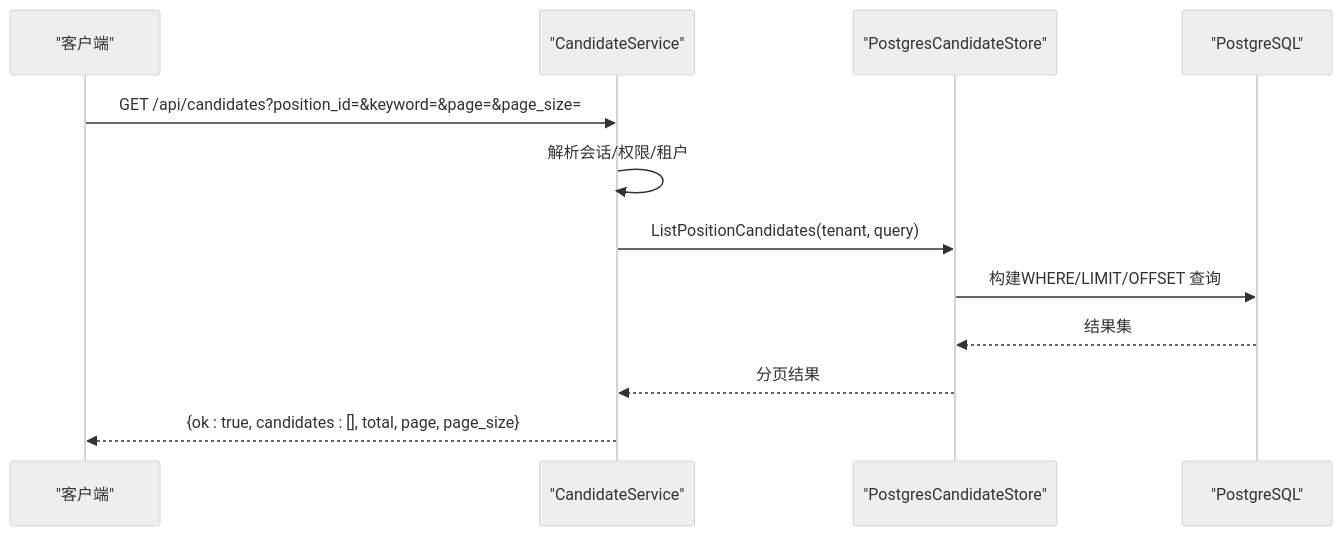
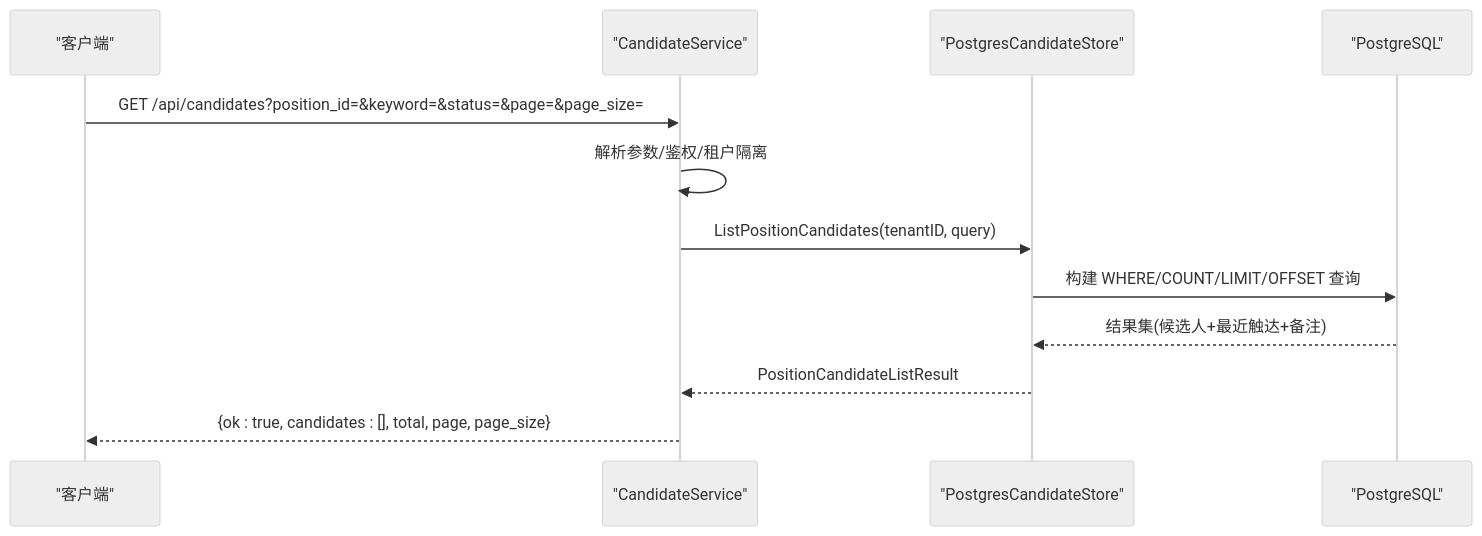
Before and after one commit to alvinwangzi/goodhr: the third of 5 diagrams in .qoder/repowiki/zh/content/云端后端服务/候选人处理系统/候选人数据存储.md, drawn with Mermaid (neutral theme). The commit also changed other lines of this file and 149 other files, not shown here.

````diff
--- a/.qoder/repowiki/zh/content/云端后端服务/候选人处理系统/候选人数据存储.md
+++ b/.qoder/repowiki/zh/content/云端后端服务/候选人处理系统/候选人数据存储.md
@@ -166,14 +120,14 @@
 ```mermaid
 sequenceDiagram
-participant Client as "客户端"
-participant Service as "CandidateService"
-participant Store as "PostgresCandidateStore"
+participant C as "客户端"
+participant S as "CandidateService"
+participant ST as "PostgresCandidateStore"
 participant DB as "PostgreSQL"
-Client->>Service : GET /api/candidates?position_id=&keyword=&page=&page_size=
-Service->>Service : 解析会话/权限/租户
-Service->>Store : ListPositionCandidates(tenant, query)
-Store->>DB : 构建WHERE/LIMIT/OFFSET 查询
-DB-->>Store : 结果集
-Store-->>Service : 分页结果
-Service-->>Client : {ok : true, candidates : [], total, page, page_size}
+C->>S : GET /api/candidates?position_id=&keyword=&status=&page=&page_size=
+S->>S : 解析参数/鉴权/租户隔离
+S->>ST : ListPositionCandidates(tenantID, query)
+ST->>DB : 构建 WHERE/COUNT/LIMIT/OFFSET 查询
+DB-->>ST : 结果集(候选人+最近触达+备注)
+ST-->>S : PositionCandidateListResult
+S-->>C : {ok : true, candidates : [], total, page, page_size}
 ```
````
